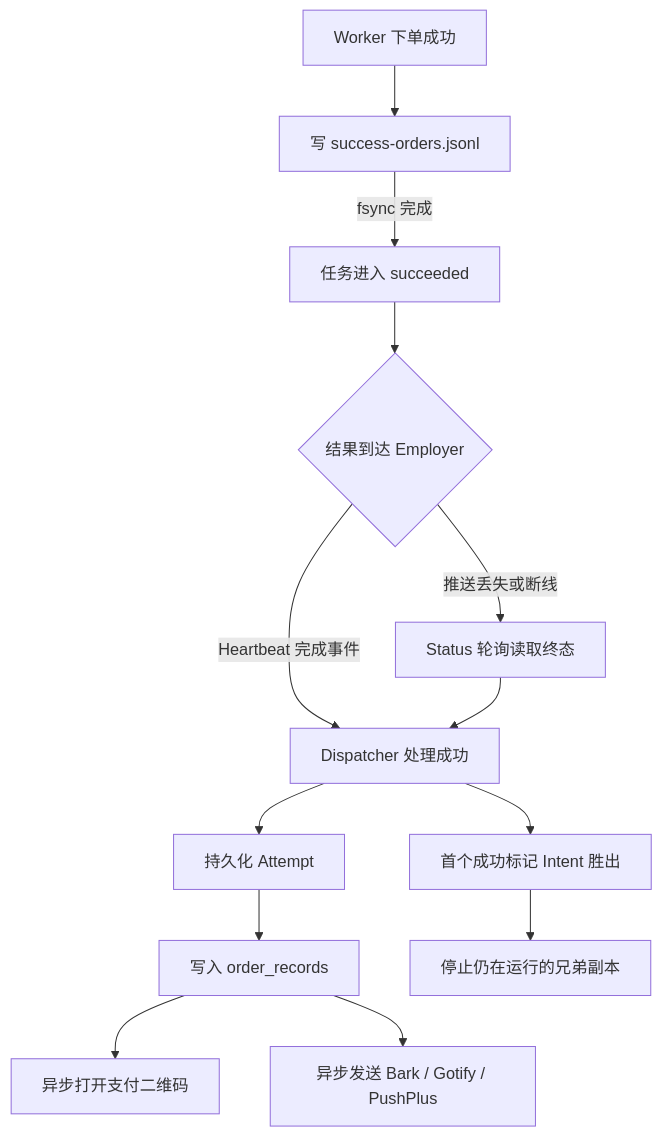
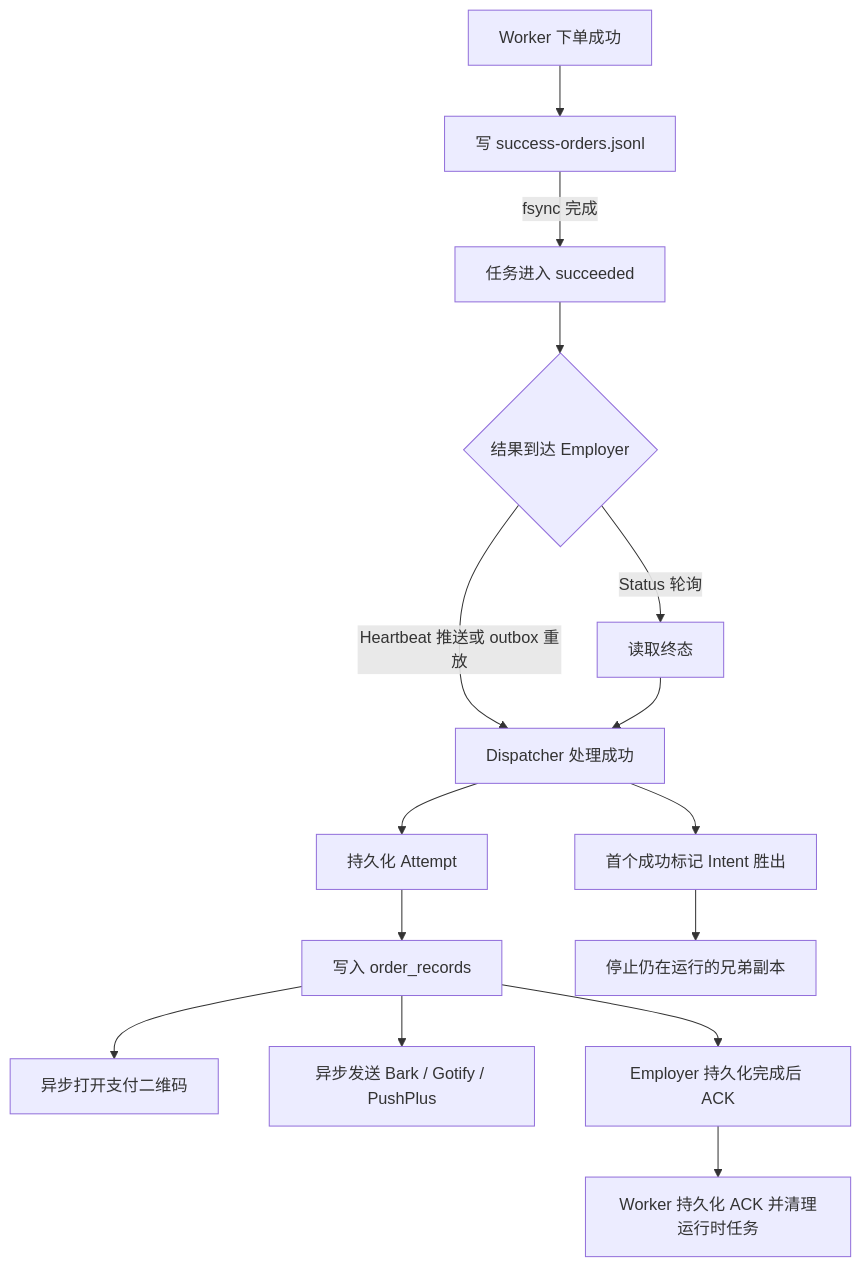
The second of 2 diagrams in docs/cluster.md (ElyaOvO/bilibili-ticket-golang), drawn with Mermaid before and after one commit. The commit also changed other lines of this file and 15 other files, not shown here.

Commit message:
refactor(dispatcher): return error from event handlers and add Ack method to WorkerClient

````diff
--- a/docs/cluster.md
+++ b/docs/cluster.md
@@ -140,15 +140,17 @@
 ```mermaid
 flowchart TD
     A[Worker 下单成功] --> B[写 success-orders.jsonl]
     B -->|fsync 完成| C[任务进入 succeeded]
     C --> D{结果到达 Employer}
-    D -->|Heartbeat 完成事件| E[Dispatcher 处理成功]
-    D -->|推送丢失或断线| F[Status 轮询读取终态]
+    D -->|Heartbeat 推送或 outbox 重放| E[Dispatcher 处理成功]
+    D -->|Status 轮询| F[读取终态]
     F --> E
     E --> G[持久化 Attempt]
     G --> H[写入 order_records]
     H --> I[异步打开支付二维码]
     H --> J[异步发送 Bark / Gotify / PushPlus]
+    H --> M[Employer 持久化完成后 ACK]
     E --> K[首个成功标记 Intent 胜出]
+    M --> N[Worker 持久化 ACK 并清理运行时任务]
     K --> L[停止仍在运行的兄弟副本]
 ```
````
